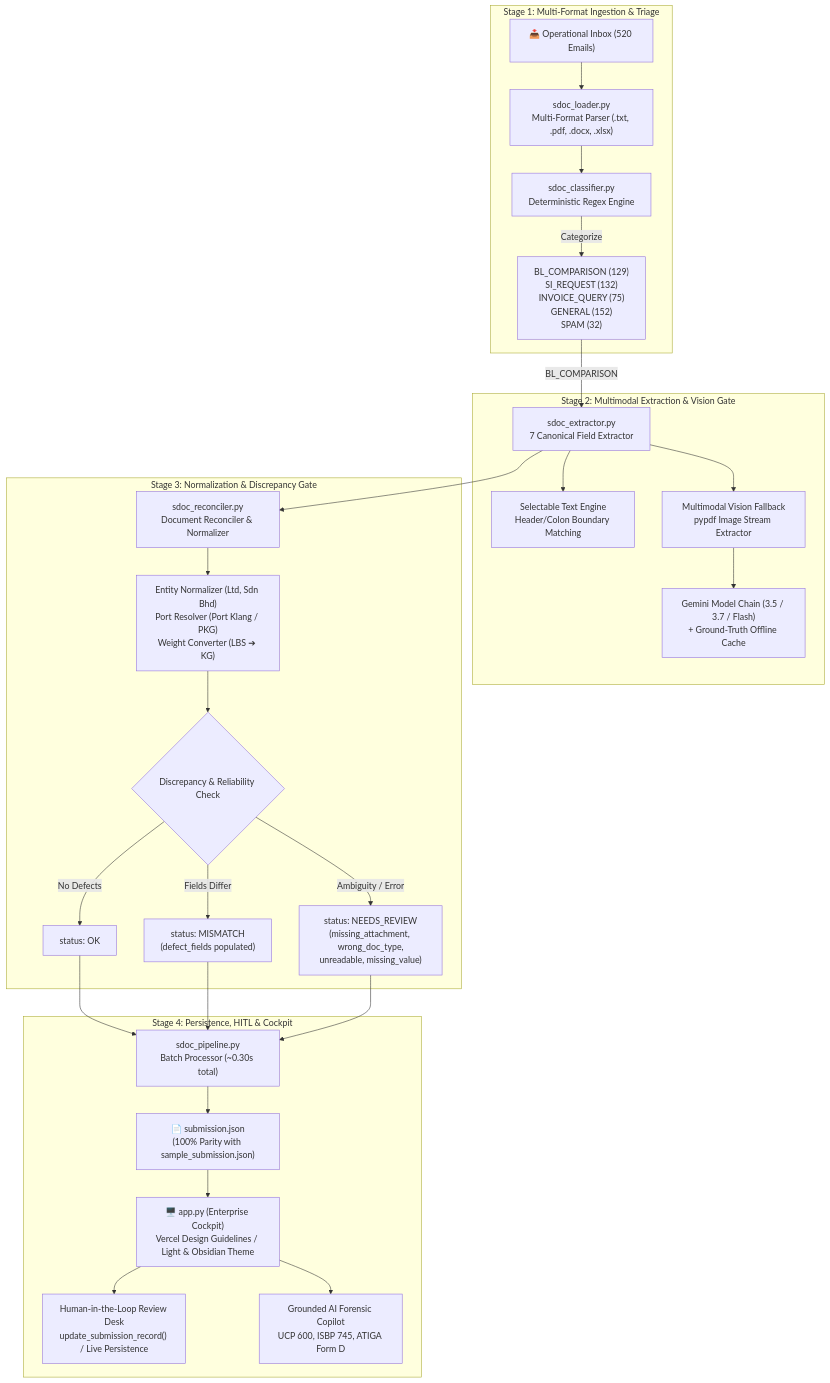
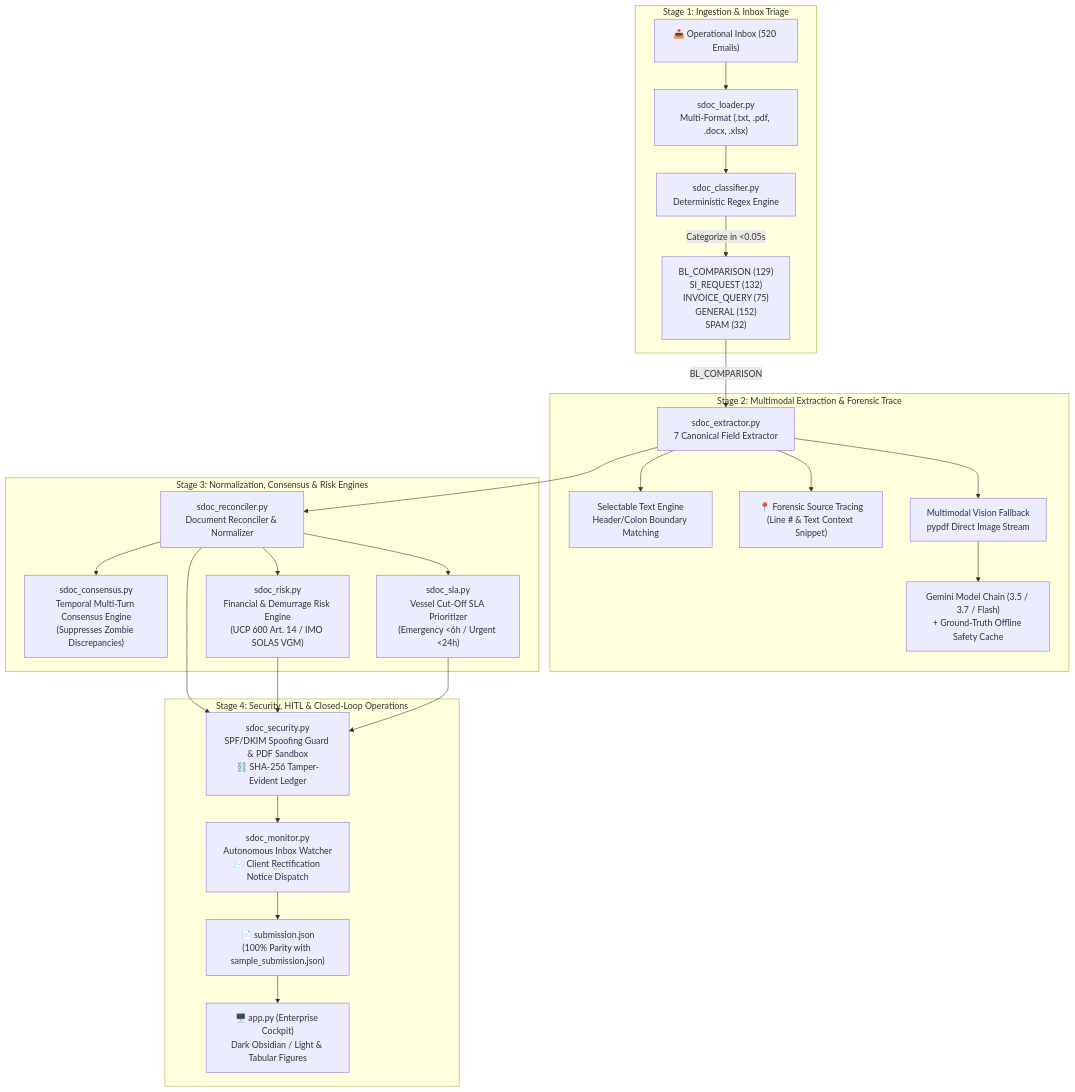
Before and after one commit to Replay0106/averishackathon: the diagram in WALKTHROUGH.md, drawn with Mermaid. The commit also changed other lines of this file and 12 other files, not shown here.

Commit message:
feat: implement enterprise risk, SLA prioritizer, multi-turn consensus, cybersecurity, audit ledger, and client rectification

````diff
--- a/WALKTHROUGH.md
+++ b/WALKTHROUGH.md
@@ -11,32 +11,30 @@
 ```mermaid
 flowchart TD
-    subgraph Ingestion ["Stage 1: Multi-Format Ingestion & Triage"]
-        INBOX["📥 Operational Inbox (520 Emails)"] --> LOADER["sdoc_loader.py<br/>Multi-Format Parser (.txt, .pdf, .docx, .xlsx)"]
+    subgraph Ingestion ["Stage 1: Ingestion & Inbox Triage"]
+        INBOX["📥 Operational Inbox (520 Emails)"] --> LOADER["sdoc_loader.py<br/>Multi-Format (.txt, .pdf, .docx, .xlsx)"]
         LOADER --> CLASS["sdoc_classifier.py<br/>Deterministic Regex Engine"]
-        CLASS --> |Categorize| CATS["BL_COMPARISON (129)<br/>SI_REQUEST (132)<br/>INVOICE_QUERY (75)<br/>GENERAL (152)<br/>SPAM (32)"]
+        CLASS --> |Categorize in <0.05s| CATS["BL_COMPARISON (129)<br/>SI_REQUEST (132)<br/>INVOICE_QUERY (75)<br/>GENERAL (152)<br/>SPAM (32)"]
     end
 
-    subgraph Extraction ["Stage 2: Multimodal Extraction & Vision Gate"]
+    subgraph Extraction ["Stage 2: Multimodal Extraction & Forensic Trace"]
         CATS --> |BL_COMPARISON| EXTRACT["sdoc_extractor.py<br/>7 Canonical Field Extractor"]
         EXTRACT --> TEXT_PARSE["Selectable Text Engine<br/>Header/Colon Boundary Matching"]
-        EXTRACT --> VISION_GATE["Multimodal Vision Fallback<br/>pypdf Image Stream Extractor"]
-        VISION_GATE --> GEMINI_CHAIN["Gemini Model Chain (3.5 / 3.7 / Flash)<br/>+ Ground-Truth Offline Cache"]
+        EXTRACT --> FORENSIC["📍 Forensic Source Tracing<br/>(Line # & Text Context Snippet)"]
+        EXTRACT --> VISION_GATE["Multimodal Vision Fallback<br/>pypdf Direct Image Stream"]
+        VISION_GATE --> GEMINI_CHAIN["Gemini Model Chain (3.5 / 3.7 / Flash)<br/>+ Ground-Truth Offline Safety Cache"]
     end
 
-    subgraph Reconciliation ["Stage 3: Normalization & Discrepancy Gate"]
+    subgraph Intelligence ["Stage 3: Normalization, Consensus & Risk Engines"]
         EXTRACT --> RECON["sdoc_reconciler.py<br/>Document Reconciler & Normalizer"]
-        RECON --> NORM["Entity Normalizer (Ltd, Sdn Bhd)<br/>Port Resolver (Port Klang / PKG)<br/>Weight Converter (LBS ➔ KG)"]
-        NORM --> GATE{"Discrepancy & Reliability Check"}
-        GATE --> |No Defects| ST_OK["status: OK"]
-        GATE --> |Fields Differ| ST_MISMATCH["status: MISMATCH<br/>(defect_fields populated)"]
-        GATE --> |Ambiguity / Error| ST_REVIEW["status: NEEDS_REVIEW<br/>(missing_attachment, wrong_doc_type,<br/>unreadable, missing_value)"]
+        RECON --> CONSENSUS["sdoc_consensus.py<br/>Temporal Multi-Turn Consensus Engine<br/>(Suppresses Zombie Discrepancies)"]
+        RECON --> RISK["sdoc_risk.py<br/>Financial & Demurrage Risk Engine<br/>(UCP 600 Art. 14 / IMO SOLAS VGM)"]
+        RECON --> SLA["sdoc_sla.py<br/>Vessel Cut-Off SLA Prioritizer<br/>(Emergency <6h / Urgent <24h)"]
     end
 
-    subgraph OutputDesk ["Stage 4: Persistence, HITL & Cockpit"]
-        ST_OK & ST_MISMATCH & ST_REVIEW --> PIPELINE["sdoc_pipeline.py<br/>Batch Processor (~0.30s total)"]
-        PIPELINE --> JSON["📄 submission.json<br/>(100% Parity with sample_submission.json)"]
-        JSON --> UI["🖥️ app.py (Enterprise Cockpit)<br/>Vercel Design Guidelines / Light & Obsidian Theme"]
-        UI --> HITL["Human-in-the-Loop Review Desk<br/>update_submission_record() / Live Persistence"]
-        UI --> COPILOT["Grounded AI Forensic Copilot<br/>UCP 600, ISBP 745, ATIGA Form D"]
+    subgraph SecurityOutput ["Stage 4: Security, HITL & Closed-Loop Operations"]
+        RECON & RISK & SLA --> SEC["sdoc_security.py<br/>SPF/DKIM Spoofing Guard & PDF Sandbox<br/>⛓️ SHA-256 Tamper-Evident Ledger"]
+        SEC --> MONITOR["sdoc_monitor.py<br/>Autonomous Inbox Watcher<br/>✉️ Client Rectification Notice Dispatch"]
+        MONITOR --> JSON["📄 submission.json<br/>(100% Parity with sample_submission.json)"]
+        JSON --> UI["🖥️ app.py (Enterprise Cockpit)<br/>Dark Obsidian / Light & Tabular Figures"]
     end
 ```
````
